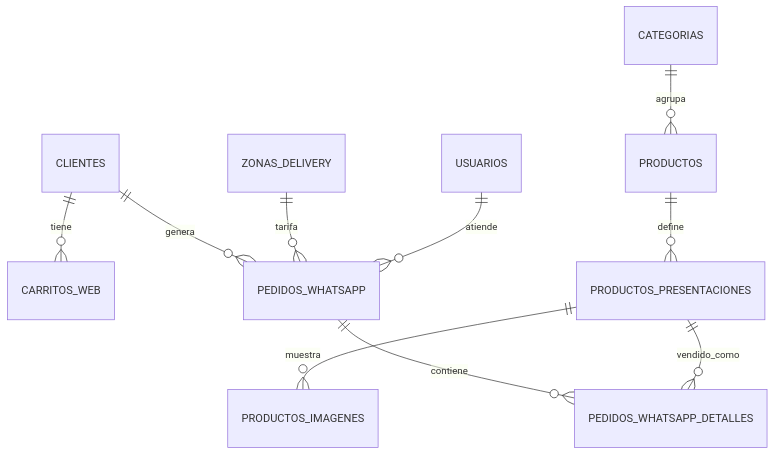
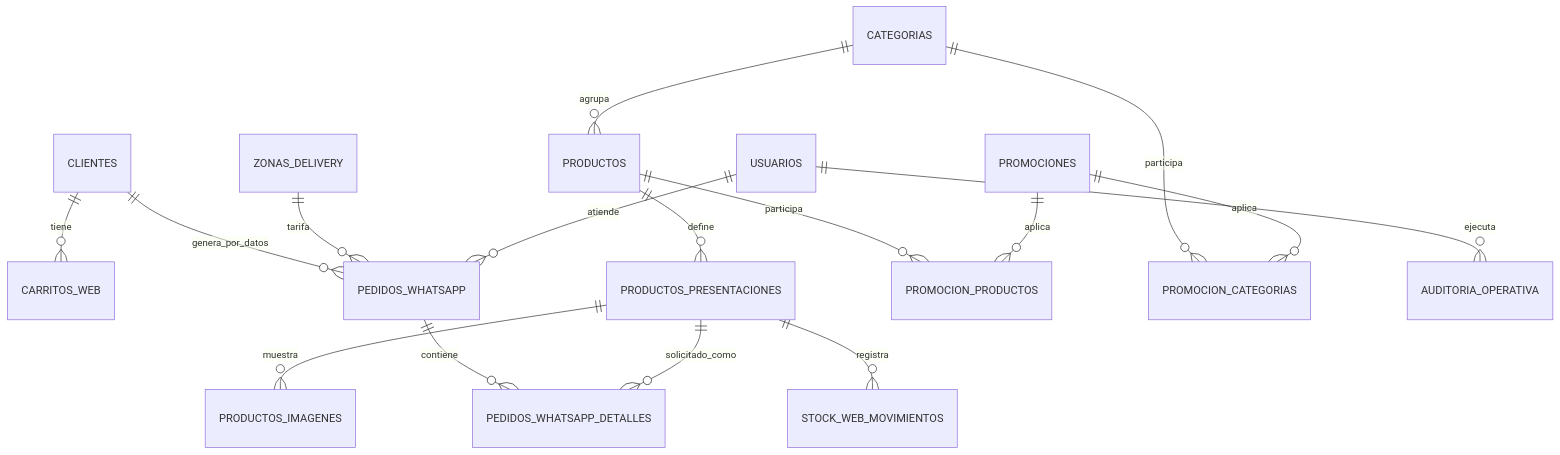
The third of 4 diagrams in outputs/architecture_docs/ARQUITECTURA_Y_DIAGRAMAS.md (georgeelimelec-byte/tienda_km2), drawn with Mermaid before and after one commit. The commit also changed other lines of this file and 59 other files, not shown here.

````diff
--- a/outputs/architecture_docs/ARQUITECTURA_Y_DIAGRAMAS.md
+++ b/outputs/architecture_docs/ARQUITECTURA_Y_DIAGRAMAS.md
@@ -43,12 +48,18 @@
 ```mermaid
 erDiagram
     CLIENTES ||--o{ CARRITOS_WEB : tiene
-    CLIENTES ||--o{ PEDIDOS_WHATSAPP : genera
+    CLIENTES ||--o{ PEDIDOS_WHATSAPP : genera_por_datos
     PEDIDOS_WHATSAPP ||--o{ PEDIDOS_WHATSAPP_DETALLES : contiene
     PRODUCTOS ||--o{ PRODUCTOS_PRESENTACIONES : define
     PRODUCTOS_PRESENTACIONES ||--o{ PRODUCTOS_IMAGENES : muestra
-    PRODUCTOS_PRESENTACIONES ||--o{ PEDIDOS_WHATSAPP_DETALLES : vendido_como
+    PRODUCTOS_PRESENTACIONES ||--o{ PEDIDOS_WHATSAPP_DETALLES : solicitado_como
+    PRODUCTOS_PRESENTACIONES ||--o{ STOCK_WEB_MOVIMIENTOS : registra
+    PRODUCTOS ||--o{ PROMOCION_PRODUCTOS : participa
+    CATEGORIAS ||--o{ PROMOCION_CATEGORIAS : participa
+    PROMOCIONES ||--o{ PROMOCION_PRODUCTOS : aplica
+    PROMOCIONES ||--o{ PROMOCION_CATEGORIAS : aplica
     CATEGORIAS ||--o{ PRODUCTOS : agrupa
     ZONAS_DELIVERY ||--o{ PEDIDOS_WHATSAPP : tarifa
     USUARIOS ||--o{ PEDIDOS_WHATSAPP : atiende
+    USUARIOS ||--o{ AUDITORIA_OPERATIVA : ejecuta
 ```
````
